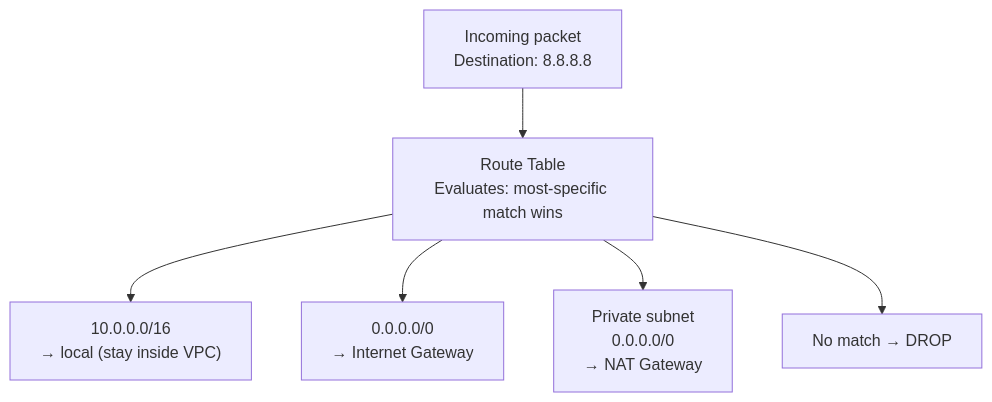
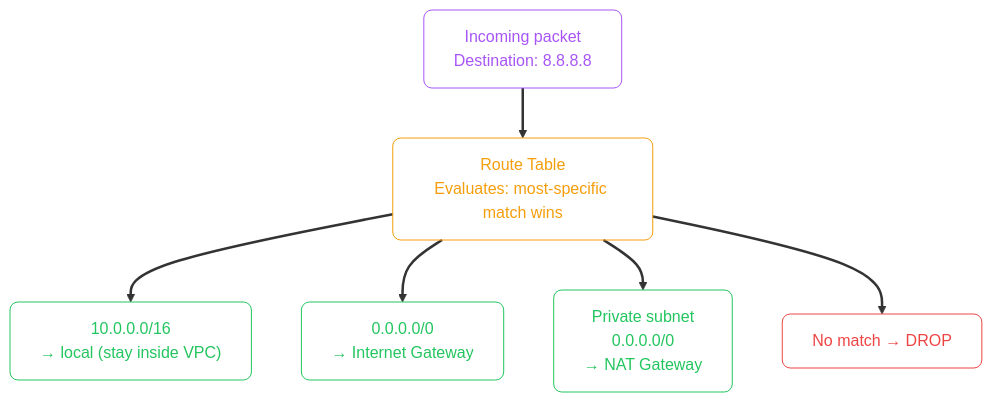
One commit to zafarale/cloudification changed the third of 7 diagrams in src/content/cloud/common/networking-basics.mdx. Above: the diagram before and after it, drawn with Mermaid. The commit also changed other lines of this file and 84 other files, not shown here.

````diff
--- a/src/content/cloud/common/networking-basics.mdx
+++ b/src/content/cloud/common/networking-basics.mdx
@@ -131,15 +143,23 @@
 ```mermaid
 flowchart TD
-    PACKET["Incoming packet\nDestination: 8.8.8.8"]
-    RT["Route Table\nEvaluates: most-specific match wins"]
-    LOCAL["10.0.0.0/16\n→ local (stay inside VPC)"]
-    DEFAULT["0.0.0.0/0\n→ Internet Gateway"]
-    PRIV["Private subnet\n0.0.0.0/0\n→ NAT Gateway"]
-    DROP["No match → DROP"]
+    accTitle: Routing Tables: Directing Traffic
+    accDescr: Flowchart (td) showing Incoming packet Destination: 8.8.8.8, Route Table Evaluates: most-specific match wins, stay inside VPC
+    classDef step fill:none,stroke:#a855f7,color:#a855f7,rx:8,ry:8
+    classDef ok   fill:none,stroke:#22c55e,color:#22c55e,rx:8,ry:8
+    classDef fail fill:none,stroke:#ef4444,color:#ef4444,rx:8,ry:8
+    classDef decesion fill:none,stroke:#f59e0b,color:#f59e0b,rx:8,ry:8
+    linkStyle default stroke-width:2.5px
+
+    PACKET["Incoming packet<br/>Destination: 8.8.8.8"]:::step
+    RT["Route Table<br/>Evaluates: most-specific match wins"]:::decesion
+    LOCAL["10.0.0.0/16<br/>→ local (stay inside VPC)"]:::ok
+    DEFAULT["0.0.0.0/0<br/>→ Internet Gateway"]:::ok
+    PRIV["Private subnet<br/>0.0.0.0/0<br/>→ NAT Gateway"]:::ok
+    DROP["No match → DROP"]:::fail
 
     PACKET --> RT
     RT --> LOCAL
     RT --> DEFAULT
     RT --> PRIV
     RT --> DROP
 ```
````
